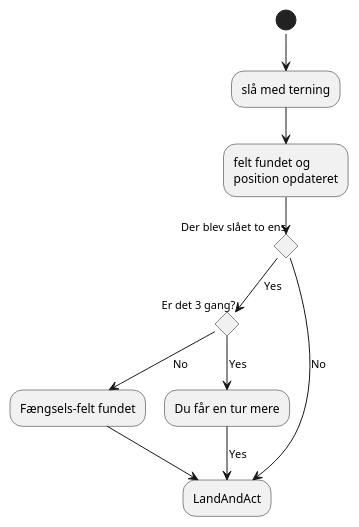
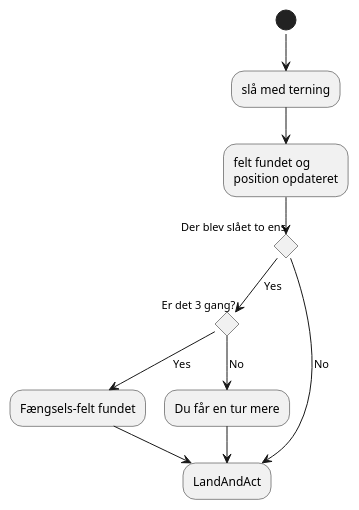
One commit to Dat1Cphbusiness/MonopolyF25 changed the diagram in doc/plan/dynamic/doubleDice.puml. Above: the diagram before and after it, drawn with PlantUML. The commit also changed 1 other file, not shown here.

```diff
--- a/doc/plan/dynamic/doubleDice.puml
+++ b/doc/plan/dynamic/doubleDice.puml
@@ -1,21 +1,21 @@
 @startuml
 !pragma layout smetana
 (*)  --> "slå med terning"
      --> felt fundet og \nposition opdateret
  If "Der blev slået to ens" then
 
   --> [Yes] If "Er det 3 gang?" then
 
-     --> [No] "Fængsels-felt fundet"
+     --> [Yes] "Fængsels-felt fundet"
      --> "LandAndAct"
      else
-      --> [Yes] "Du får en tur mere"
-      --> [Yes] "LandAndAct"
+      --> [No] "Du får en tur mere"
+      -->  "LandAndAct"
       Endif
   else
    --> [No]  "LandAndAct"
 
 
   Endif
 
 @enduml
```
